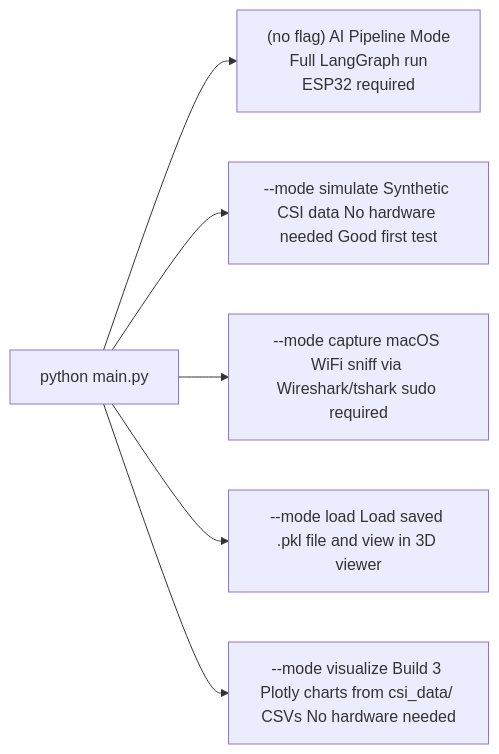
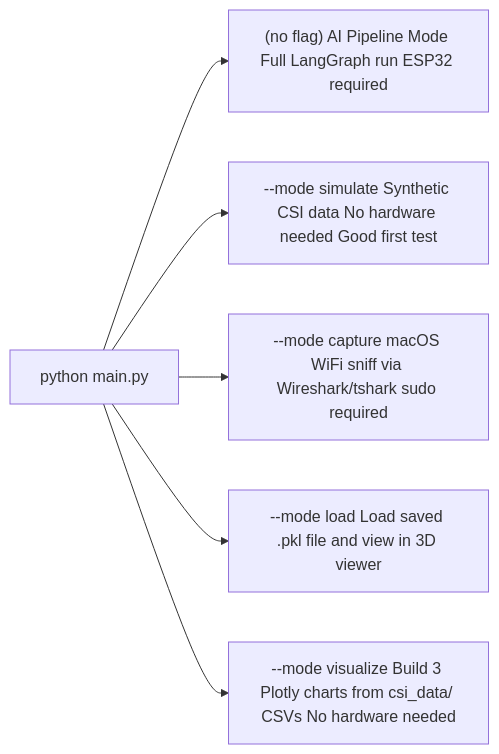
Before and after one commit to Fairtexas5/AetherScan-Seance: the sixth of 7 diagrams in PROJECT_FLOW.md, drawn with Mermaid. The commit also changed other lines of this file and 1 other file, not shown here.

````diff
--- a/PROJECT_FLOW.md
+++ b/PROJECT_FLOW.md
@@ -156,16 +156,16 @@
 ```mermaid
 flowchart LR
     MAIN["python main.py"]
 
-    M1["(no flag) AI Pipeline Mode\nFull LangGraph run\nESP32 required"]
+    M1["(no flag) AI Pipeline Mode Full LangGraph run ESP32 required"]
     M2["--mode simulate Synthetic CSI data No hardware needed Good first test"]
     M3["--mode capture macOS WiFi sniff via Wireshark/tshark sudo required"]
     M4["--mode load Load saved .pkl file and view in 3D viewer"]
     M5["--mode visualize Build 3 Plotly charts from csi_data/ CSVs No hardware needed"]
 
     MAIN --> M1
     MAIN --> M2
     MAIN --> M3
     MAIN --> M4
     MAIN --> M5
 ```
````
